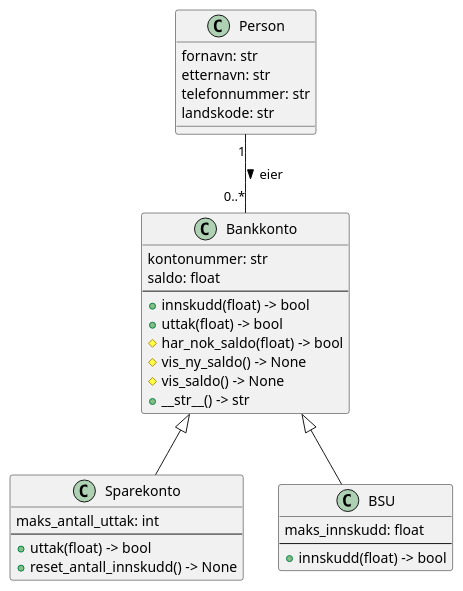
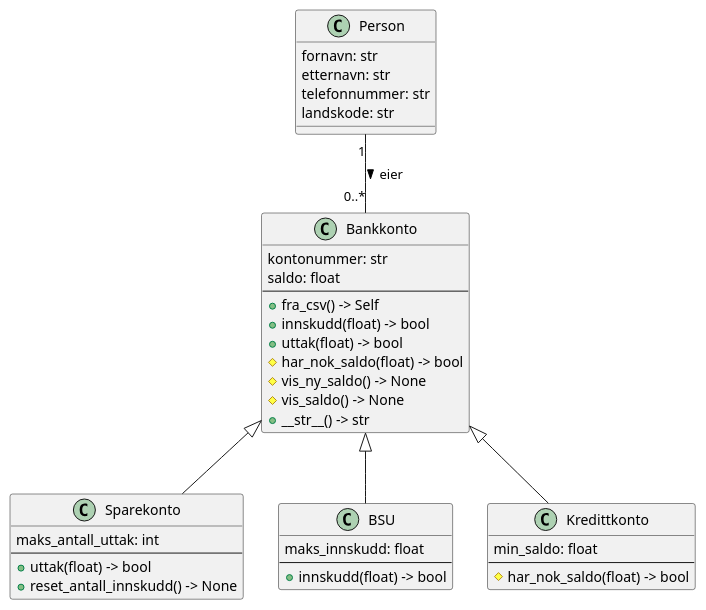
The diagram in periode 2/Uke 43/bankkontosystem/klassediagram.puml (44tratie/IT2), drawn with PlantUML before and after one commit.

Commit message:
oppdater diagram

```diff
--- a/periode 2/Uke 43/bankkontosystem/klassediagram.puml
+++ b/periode 2/Uke 43/bankkontosystem/klassediagram.puml
@@ -1,40 +1,48 @@
 @startuml
 
 class Bankkonto {
     kontonummer: str
     saldo: float
     --
+    + fra_csv() -> Self
     + innskudd(float) -> bool
     + uttak(float) -> bool
     # har_nok_saldo(float) -> bool
     # vis_ny_saldo() -> None
     # vis_saldo() -> None
     + __str__() -> str
 }
 
 class Sparekonto {
     maks_antall_uttak: int
     --
     + uttak(float) -> bool
     + reset_antall_innskudd() -> None
 }
 
 class BSU {
     maks_innskudd: float
     --
     + innskudd(float) -> bool
 }
 
+class Kredittkonto {
+    min_saldo: float
+    --
+    # har_nok_saldo(float) -> bool
+}
+
 class Person {
     fornavn: str
     etternavn: str
     telefonnummer: str
     landskode: str
 }
 
 Person "1" -- "0..*" Bankkonto: eier >
 
 Bankkonto <|-- Sparekonto
 Bankkonto <|-- BSU
+Bankkonto <|-- Kredittkonto
 
 @enduml
```
